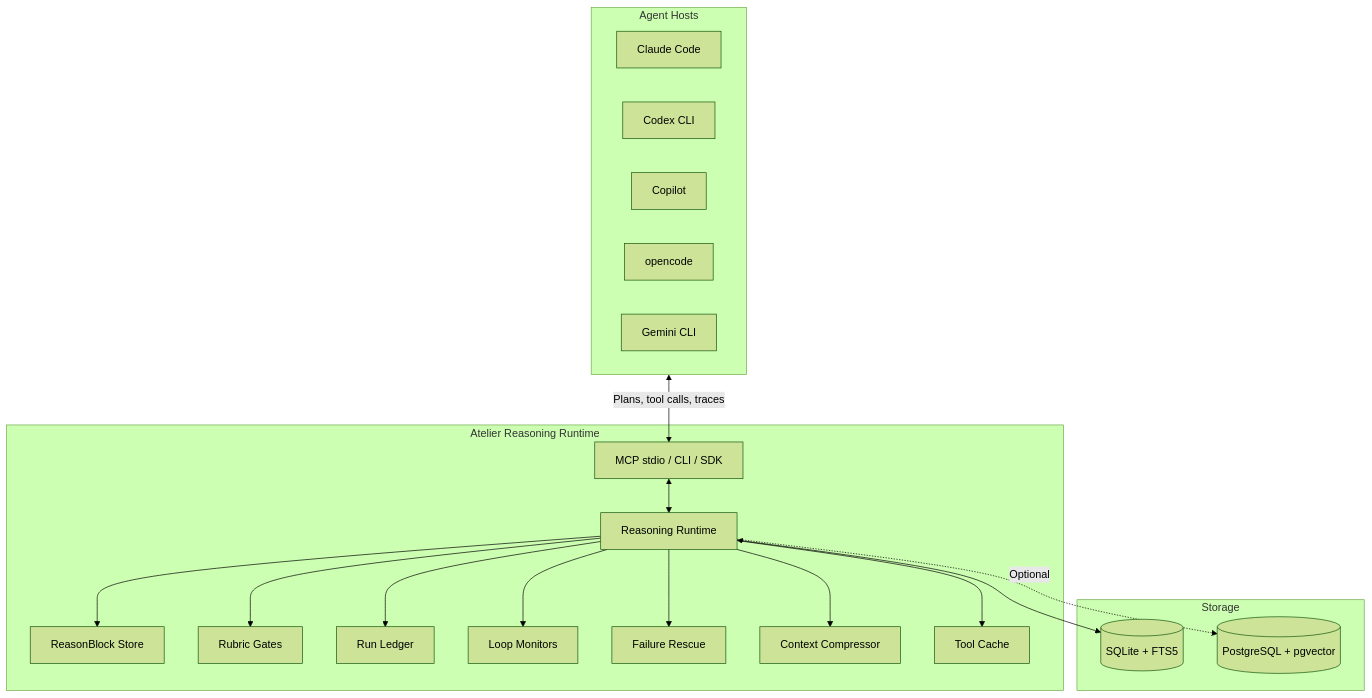
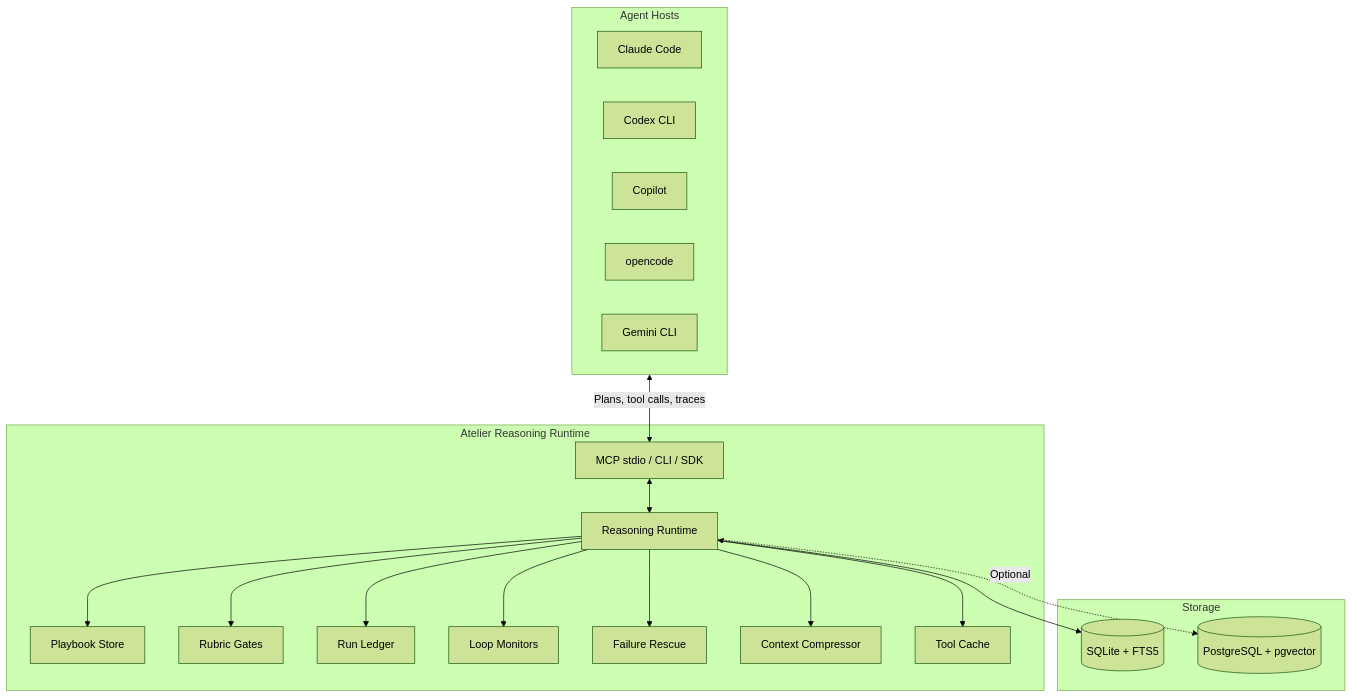
Before and after one commit to atelier-ws/atelier: the diagram in docs-internal/architecture/runtime.md, drawn with Mermaid (forest theme). The commit also changed other lines of this file and 302 other files, not shown here.

First line of the commit message:
refactor: rename ReasonBlock->Playbook + remove external-technology citations

````diff
--- a/docs-internal/architecture/runtime.md
+++ b/docs-internal/architecture/runtime.md
@@ -7,40 +7,40 @@
 ```mermaid
 flowchart TD
     subgraph Hosts ["Agent Hosts"]
         claude[Claude Code]
         codex[Codex CLI]
         copilot[Copilot]
         opencode[opencode]
         gemini[Gemini CLI]
     end
 
     subgraph Atelier ["Atelier Reasoning Runtime"]
         mcp[MCP stdio / CLI / SDK]
         runtime[Reasoning Runtime]
-        blocks[ReasonBlock Store]
+        blocks[Playbook Store]
         rubrics[Rubric Gates]
         ledger[Run Ledger]
         monitors[Loop Monitors]
         rescue[Failure Rescue]
         compressor[Context Compressor]
         cache[Tool Cache]
 
         mcp <--> runtime
         runtime --> blocks
         runtime --> rubrics
         runtime --> ledger
         runtime --> monitors
         runtime --> rescue
         runtime --> compressor
         runtime --> cache
     end
 
     subgraph Storage ["Storage"]
         sqlite[(SQLite + FTS5)]
         postgres[(PostgreSQL + pgvector)]
     end
 
     Hosts <-->|"Plans, tool calls, traces"| mcp
     runtime <--> sqlite
     runtime -.->|"Optional"| postgres
 ```
````
